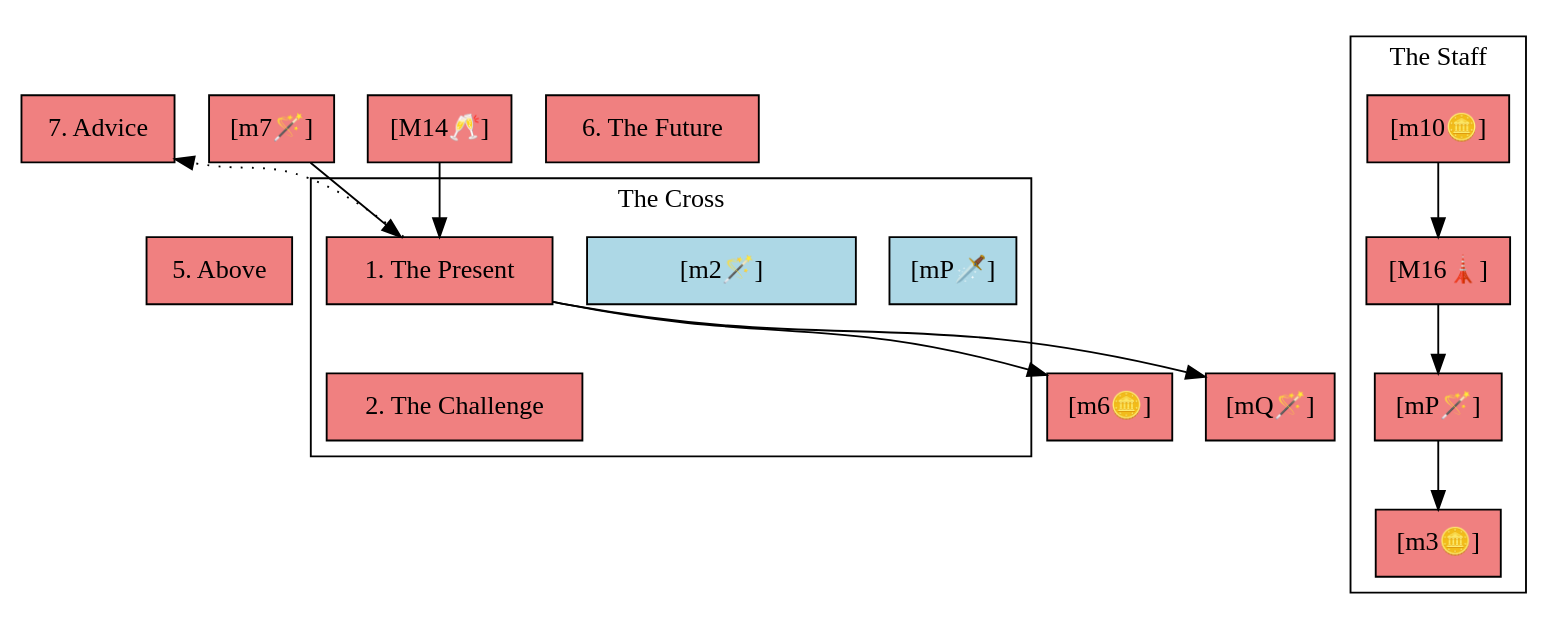
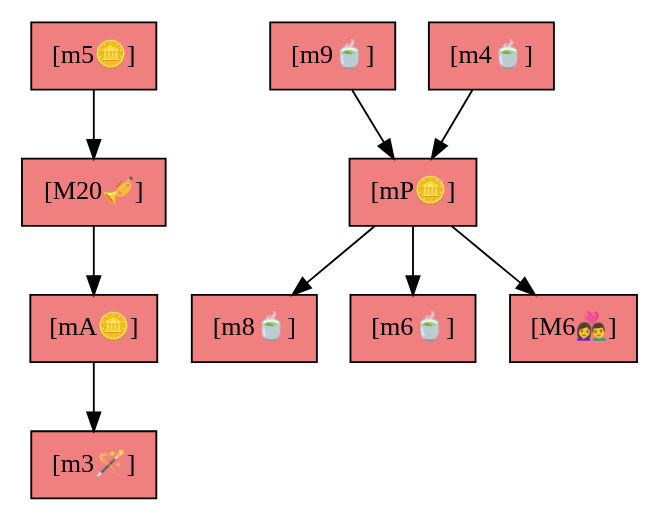
Before and after one commit to infomofo/ts-tarot-cards: the diagram in samples/celticCross-reading.dot, drawn with Graphviz. The commit also changed 13 other files, not shown here.

```diff
--- a/samples/celticCross-reading.dot
+++ b/samples/celticCross-reading.dot
@@ -1,27 +1,10 @@
 
 digraph CelticCross {
   node [shape=record, style=filled, fillcolor=lightcoral];
-
-  subgraph cluster_cross {
-    label = "The Cross";
-    "[mP🗡️]" [style=filled, fillcolor=lightblue];
-    "[m2🪄]" [style=filled, fillcolor=lightblue, width=2, height=0.5, orientation=90];
-    "1. The Present" -> "2. The Challenge" [style=invis];
-  }
-
-  subgraph cluster_staff {
-    label = "The Staff";
-    rank=same;
-    "[m10🪙]" -> "[M16🗼]" -> "[mP🪄]" -> "[m3🪙]";
-  }
-
-  "[m7🪄]" -> "1. The Present";
-  "[M14🥂]" -> "1. The Present";
-  "1. The Present" -> "[m6🪙]";
-  "1. The Present" -> "[mQ🪄]";
-
-  "5. Above" -> "2. The Challenge" [style=invis];
-  "6. The Future" -> "1. The Present" [style=invis];
-
-  "1. The Present" -> "7. Advice" [style=dotted, constraint=false];
+  "[m5🪙]" -> "[M20🎺]" -> "[mA🪙]" -> "[m3🪄]";
+  "[m9🍵]" -> "[mP🪙]";
+  "[m4🍵]" -> "[mP🪙]";
+  "[mP🪙]" -> "[m8🍵]";
+  "[mP🪙]" -> "[m6🍵]";
+  "[mP🪙]" -> "[M6👩‍❤️‍👨]";
 }
```
